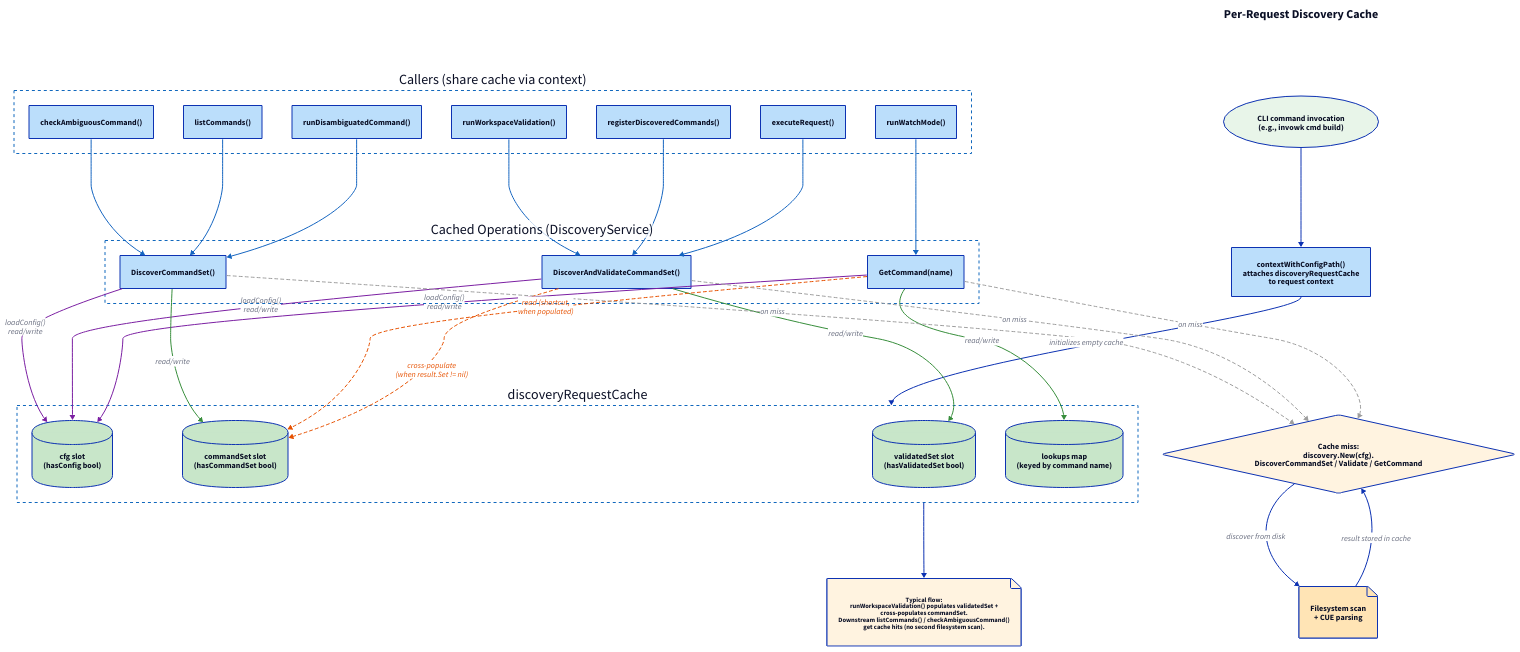
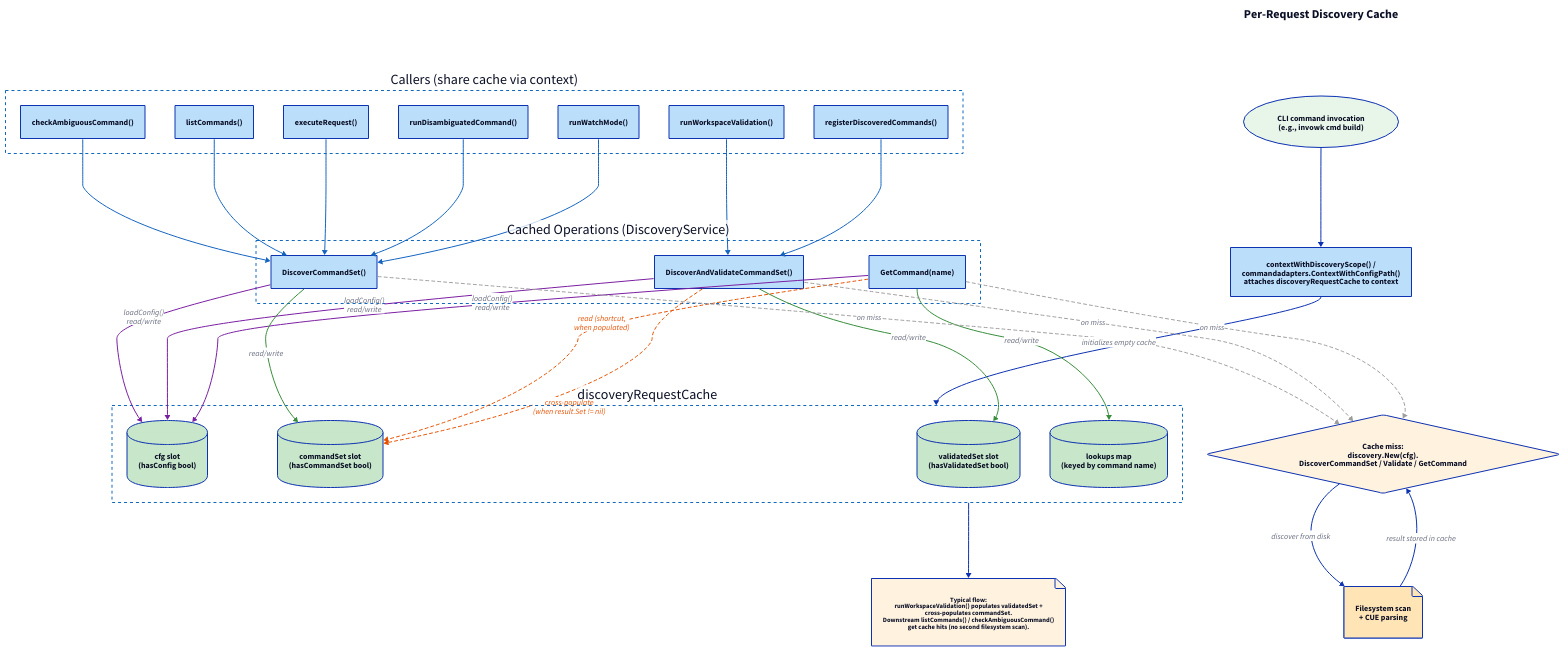
One commit to invowk/invowk changed the diagram in docs/diagrams/flowcharts/discovery-cache.d2. Above: the diagram before and after it, drawn with D2. The commit also changed 29 other files, not shown here. The source asks for the TALA layout; these drawings use dagre instead.

```diff
--- a/docs/diagrams/flowcharts/discovery-cache.d2
+++ b/docs/diagrams/flowcharts/discovery-cache.d2
@@ -2,7 +2,7 @@
 #
 # Shows how DiscoveryService in internal/app/commandadapters/discovery.go memoizes
 # discovery results within a single CLI invocation. The cache is
-# attached to the request context by contextWithConfigPath() and
+# attached to the request context by contextWithDiscoveryScope() / commandadapters.ContextWithConfigPath() and
 # shared across seven callers that would otherwise trigger redundant
 # filesystem scans.
 #
@@ -41,7 +41,7 @@
   style.fill: "#E8F5E9"
 }
 
-AttachCache: contextWithConfigPath()\nattaches discoveryRequestCache\nto request context {
+AttachCache: contextWithDiscoveryScope() /\ncommandadapters.ContextWithConfigPath()\nattaches discoveryRequestCache to context {
   style.fill: "#BBDEFB"
 }
 
@@ -237,7 +237,7 @@
   style.stroke: "#1565C0"
 }
 
-callers.executeRequest -> operations.DiscoverAndValidateCommandSet: {
+callers.executeRequest -> operations.DiscoverCommandSet: {
   style.stroke: "#1565C0"
 }
 
@@ -245,7 +245,7 @@
   style.stroke: "#1565C0"
 }
 
-callers.runWatchMode -> operations.GetCommand: {
+callers.runWatchMode -> operations.DiscoverCommandSet: {
   style.stroke: "#1565C0"
 }
 
```
